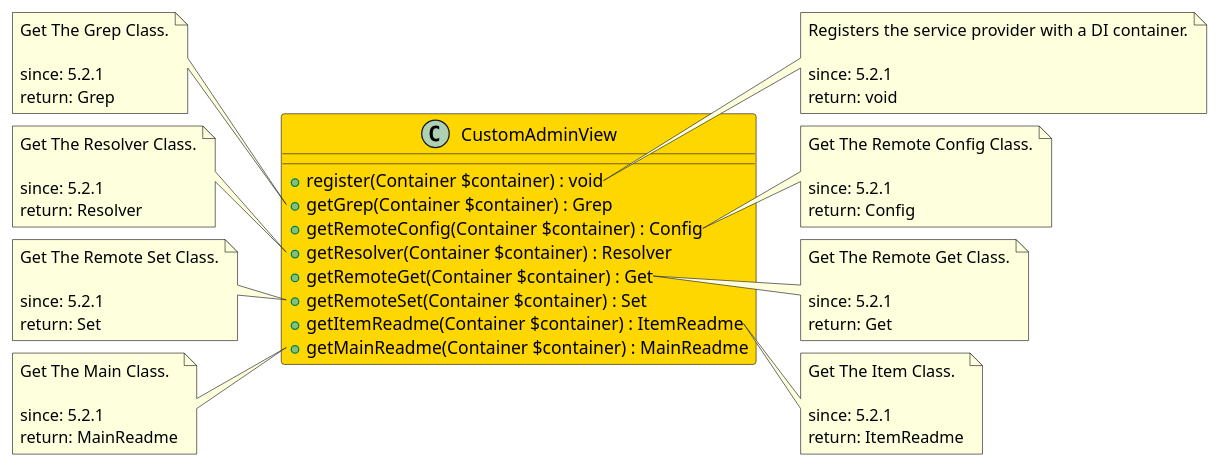
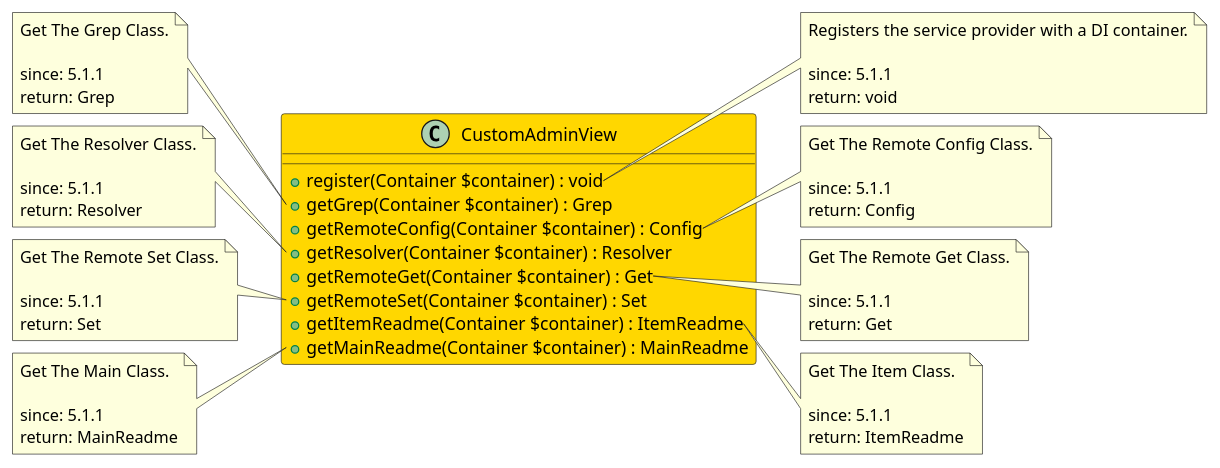
The diagram in src/1850e10c-57c6-41f0-baa6-5876b554d98d/README.md (joomengine/jcb-packager), drawn with PlantUML before and after one commit. The commit also changed other lines of this file and 498 other files, not shown here.

````diff
--- a/src/1850e10c-57c6-41f0-baa6-5876b554d98d/README.md
+++ b/src/1850e10c-57c6-41f0-baa6-5876b554d98d/README.md
@@ -12,71 +5,72 @@
 ```uml
 @startuml
+
 class CustomAdminView  #Gold {
   + register(Container $container) : void
   + getGrep(Container $container) : Grep
   + getRemoteConfig(Container $container) : Config
   + getResolver(Container $container) : Resolver
   + getRemoteGet(Container $container) : Get
   + getRemoteSet(Container $container) : Set
   + getItemReadme(Container $container) : ItemReadme
   + getMainReadme(Container $container) : MainReadme
 }
 
 note right of CustomAdminView::register
   Registers the service provider with a DI container.
 
-  since: 5.2.1
+  since: 5.1.1
   return: void
 end note
 
 note left of CustomAdminView::getGrep
   Get The Grep Class.
 
-  since: 5.2.1
+  since: 5.1.1
   return: Grep
 end note
 
 note right of CustomAdminView::getRemoteConfig
   Get The Remote Config Class.
 
-  since: 5.2.1
+  since: 5.1.1
   return: Config
 end note
 
 note left of CustomAdminView::getResolver
   Get The Resolver Class.
 
-  since: 5.2.1
+  since: 5.1.1
   return: Resolver
 end note
 
 note right of CustomAdminView::getRemoteGet
   Get The Remote Get Class.
 
-  since: 5.2.1
+  since: 5.1.1
   return: Get
 end note
 
 note left of CustomAdminView::getRemoteSet
   Get The Remote Set Class.
 
-  since: 5.2.1
+  since: 5.1.1
   return: Set
 end note
 
 note right of CustomAdminView::getItemReadme
   Get The Item Class.
 
-  since: 5.2.1
+  since: 5.1.1
   return: ItemReadme
 end note
 
 note left of CustomAdminView::getMainReadme
   Get The Main Class.
 
-  since: 5.2.1
+  since: 5.1.1
   return: MainReadme
 end note
- 
+
 @enduml
 ```
````
